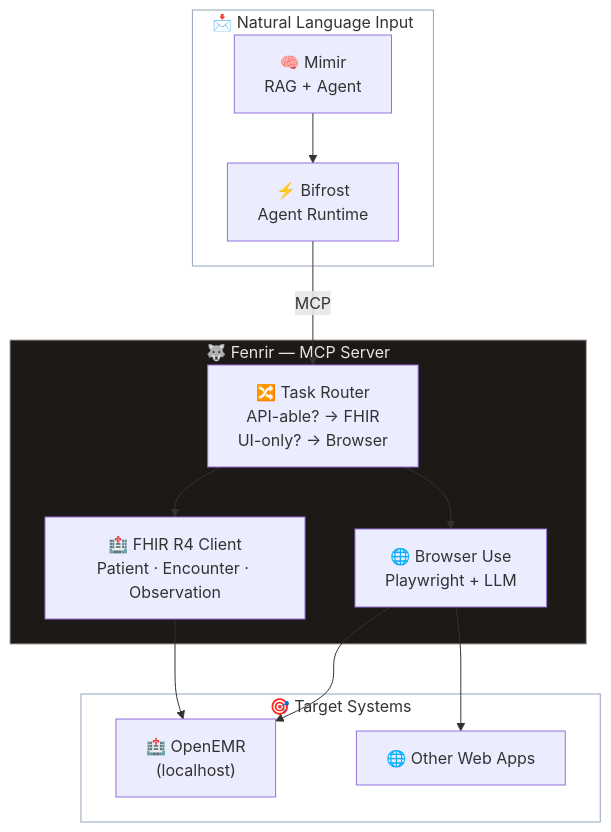
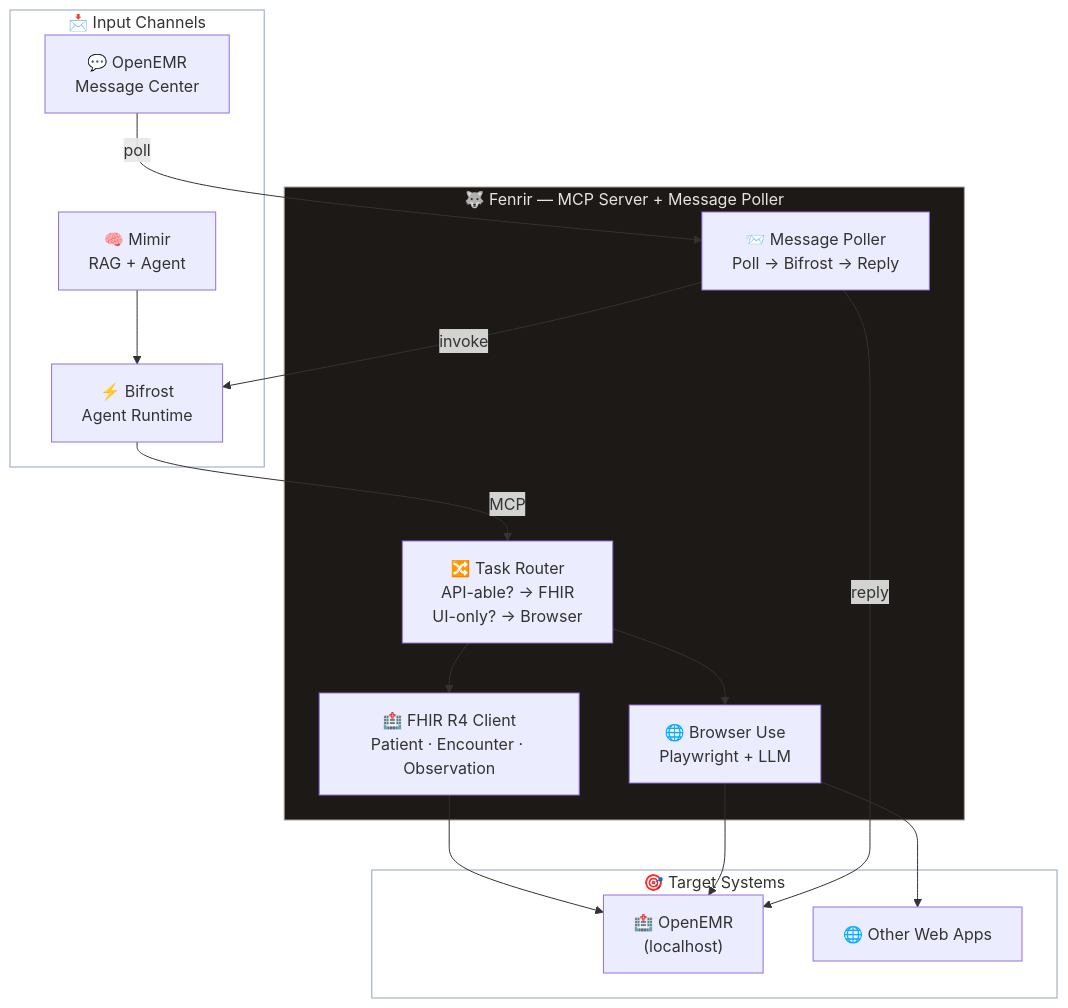
One commit to MegaWiz-Dev-Team/Fenrir changed the diagram in README.md. Above: the diagram before and after it, drawn with Mermaid. The commit also changed other lines of this file and 11 other files, not shown here.

First line of the commit message:
feat: Sprint 1.5 — OpenEMR Message Center integration

````diff
--- a/README.md
+++ b/README.md
@@ -11,30 +11,35 @@
 ```mermaid
 graph TB
-    subgraph input["📩 Natural Language Input"]
+    subgraph input["📩 Input Channels"]
         Mimir["🧠 Mimir<br/>RAG + Agent"]
         Bifrost["⚡ Bifrost<br/>Agent Runtime"]
+        MsgCenter["💬 OpenEMR<br/>Message Center"]
     end
 
-    subgraph fenrir["🐺 Fenrir — MCP Server"]
+    subgraph fenrir["🐺 Fenrir — MCP Server + Message Poller"]
         Router["🔀 Task Router<br/>API-able? → FHIR<br/>UI-only? → Browser"]
+        Poller["📨 Message Poller<br/>Poll → Bifrost → Reply"]
         FHIR["🏥 FHIR R4 Client<br/>Patient · Encounter · Observation"]
         BrowserUse["🌐 Browser Use<br/>Playwright + LLM"]
     end
 
     subgraph target["🎯 Target Systems"]
         OpenEMR["🏥 OpenEMR<br/>(localhost)"]
         WebApps["🌐 Other Web Apps"]
     end
 
     Mimir --> Bifrost
     Bifrost --> |"MCP"| Router
+    MsgCenter --> |"poll"| Poller
+    Poller --> |"invoke"| Bifrost
     Router --> FHIR
     Router --> BrowserUse
     FHIR --> OpenEMR
     BrowserUse --> OpenEMR
     BrowserUse --> WebApps
+    Poller --> |"reply"| OpenEMR
 
     style fenrir fill:#1c1917,stroke:#a8a29e,color:#e7e5e4
     style input fill:transparent,stroke:#94a3b8
     style target fill:transparent,stroke:#94a3b8
 ```
````
